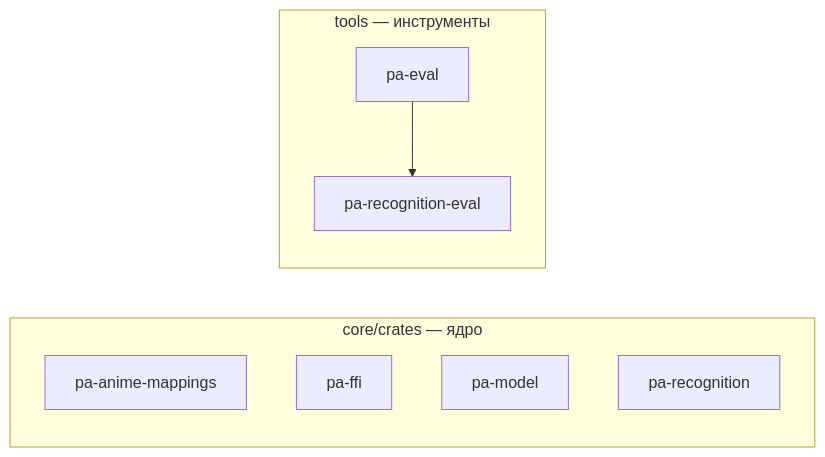
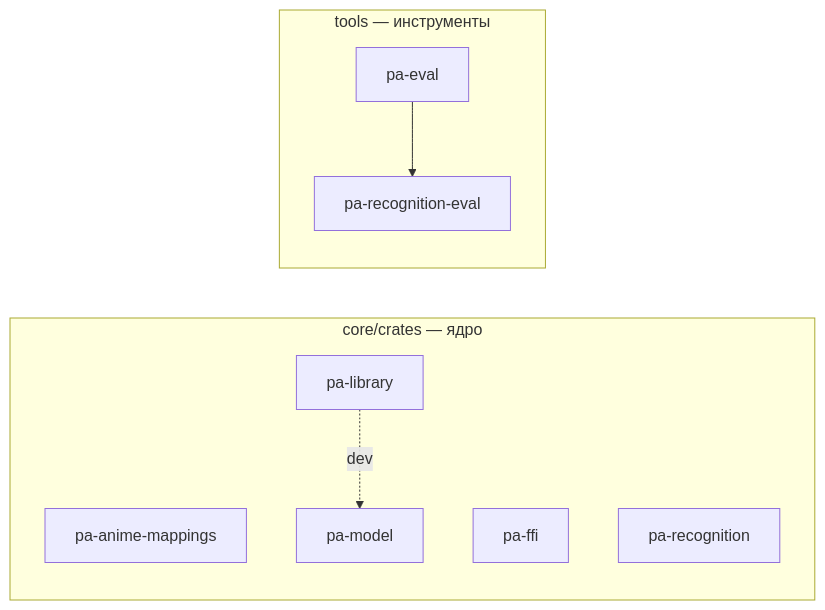
The diagram in docs/dev/crate-graph.md (DenisHumen/project_alpha), drawn with Mermaid before and after one commit. The commit also changed other lines of this file and 8 other files, not shown here.

First line of the commit message:
feat(lib): schema tests, docs/dev/db.md and ADR-0013 [LIB-001]

````diff
--- a/docs/dev/crate-graph.md
+++ b/docs/dev/crate-graph.md
@@ -12,14 +12,16 @@
 ```mermaid
 flowchart LR
   subgraph g0["core/crates — ядро"]
     pa_anime_mappings["pa-anime-mappings"]
     pa_ffi["pa-ffi"]
+    pa_library["pa-library"]
     pa_model["pa-model"]
     pa_recognition["pa-recognition"]
   end
   subgraph g1["tools — инструменты"]
     pa_eval["pa-eval"]
     pa_recognition_eval["pa-recognition-eval"]
   end
   pa_eval --> pa_recognition_eval
+  pa_library -. dev .-> pa_model
 ```
````
